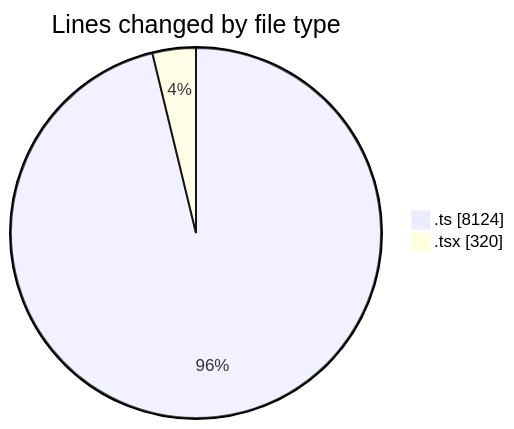
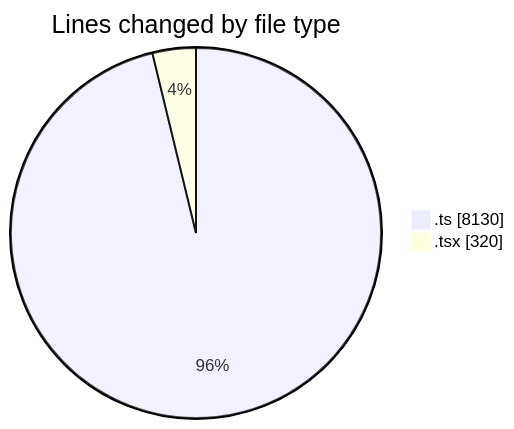
One commit to momahboobian/code-tracking changed the first of 2 diagrams in 2025-08-13/cda/README.md. Above: the diagram before and after it, drawn with Mermaid. The commit also changed other lines of this file and 1 other file, not shown here.

````diff
--- a/2025-08-13/cda/README.md
+++ b/2025-08-13/cda/README.md
@@ -24,6 +24,6 @@
 ```mermaid
 pie showData
 title Lines changed by file type
-".ts" : 8124
+".ts" : 8130
 ".tsx" : 320
 ```
````
